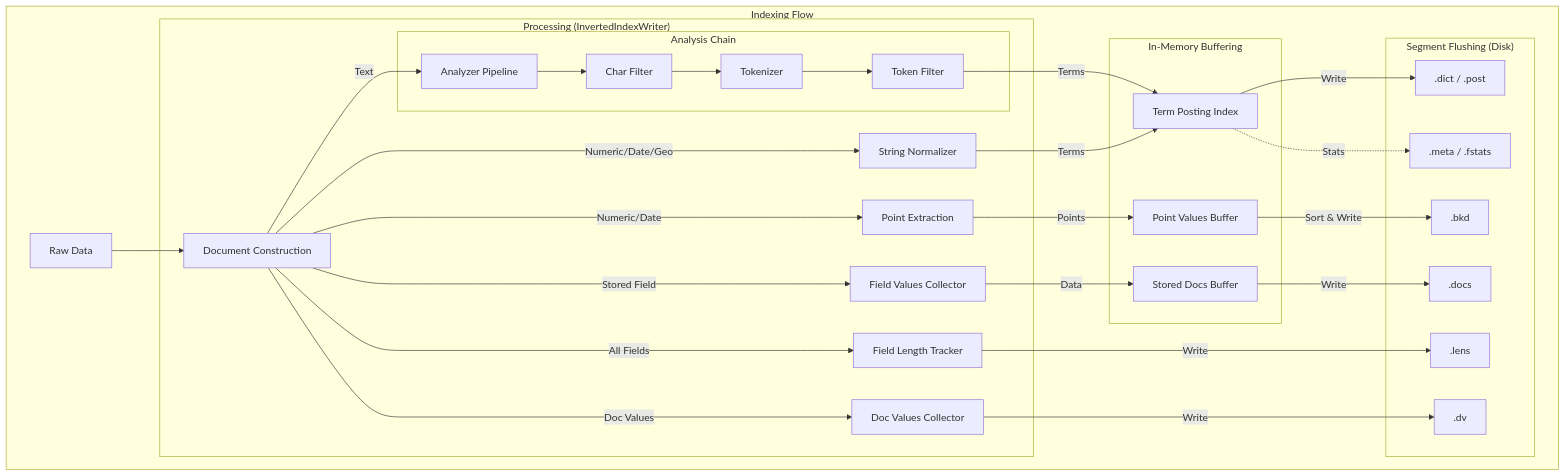
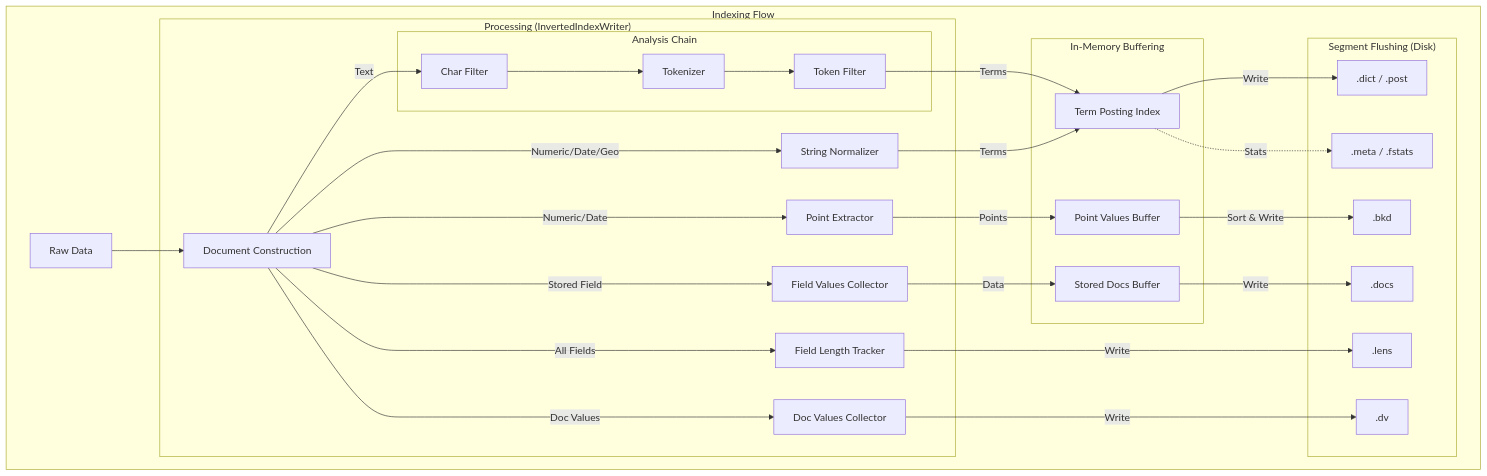
The second of 3 diagrams in docs/src/concepts/lexical_search.md (mosuka/iris), drawn with Mermaid before and after one commit. The commit also changed other lines of this file, not shown here.

````diff
--- a/docs/src/concepts/lexical_search.md
+++ b/docs/src/concepts/lexical_search.md
@@ -127,37 +127,36 @@
 ```mermaid
 graph TD
     subgraph "Indexing Flow"
         Input["Raw Data"] --> DocBuilder["Document Construction"]
         
         subgraph "Processing (InvertedIndexWriter)"
-            DocBuilder -->|Text| Analyzer["Analyzer Pipeline"]
+            DocBuilder -->|Text| CharFilter["Char Filter"]
             DocBuilder -->|Numeric/Date/Geo| Normalizer["String Normalizer"]
-            DocBuilder -->|Numeric/Date| PtExt["Point Extraction"]
+            DocBuilder -->|Numeric/Date| PtExt["Point Extractor"]
             DocBuilder -->|Stored Field| StoreProc["Field Values Collector"]
             DocBuilder -->|All Fields| LenTracker["Field Length Tracker"]
             DocBuilder -->|Doc Values| DVTracker["Doc Values Collector"]
             
             subgraph "Analysis Chain"
-                Analyzer --> CharFilter["Char Filter"]
                 CharFilter --> Tokenizer["Tokenizer"]
                 Tokenizer --> TokenFilter["Token Filter"]
             end
         end
         
         subgraph "In-Memory Buffering"
             TokenFilter -->|Terms| InvBuffer["Term Posting Index"]
             Normalizer -->|Terms| InvBuffer
             PtExt -->|Points| BkdBuffer["Point Values Buffer"]
             StoreProc -->|Data| DocsBuffer["Stored Docs Buffer"]
         end
         
         subgraph "Segment Flushing (Disk)"
             InvBuffer -->|Write| Postings[".dict / .post"]
             BkdBuffer -->|Sort & Write| BKD[".bkd"]
             DocsBuffer -->|Write| DOCS[".docs"]
             DVTracker -->|Write| DV[".dv"]
             LenTracker -->|Write| LENS[".lens"]
             InvBuffer -.->|Stats| Meta[".meta / .fstats"]
         end
     end
 ```
````
